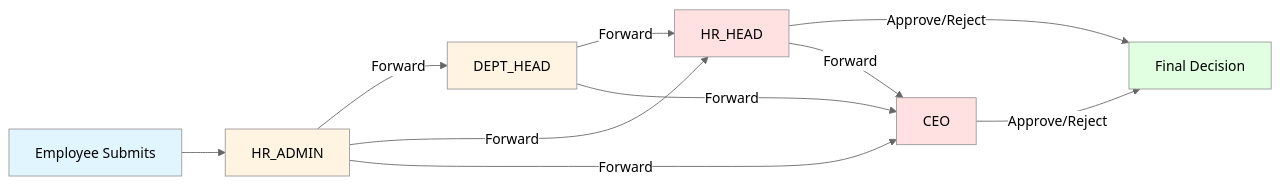
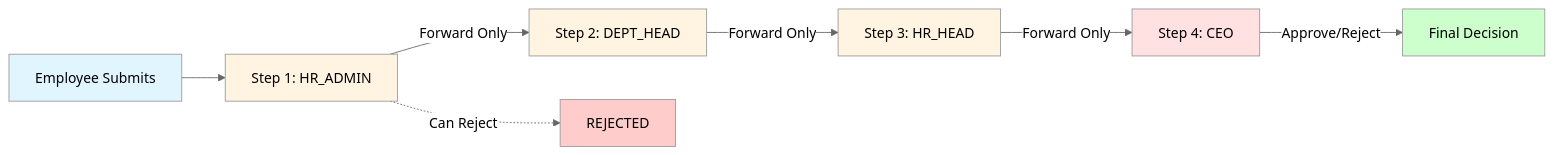
One commit to Abid-5AS/CDBL-LMS changed the third of 15 diagrams in docs/technical-documentation/architecture/Flow-Charts.md. Above: the diagram before and after it, drawn with Mermaid (neutral theme). The commit also changed other lines of this file and 5 other files, not shown here.

````diff
--- a/docs/technical-documentation/architecture/Flow-Charts.md
+++ b/docs/technical-documentation/architecture/Flow-Charts.md
@@ -85,19 +108,18 @@
 ```mermaid
 flowchart LR
-    A[Employee Submits] --> B[HR_ADMIN]
-    B -->|Forward| C[DEPT_HEAD]
-    B -->|Forward| D[HR_HEAD]
-    B -->|Forward| E[CEO]
-    C -->|Forward| D
-    C -->|Forward| E
-    D -->|Approve/Reject| F[Final Decision]
-    D -->|Forward| E
-    E -->|Approve/Reject| F
-    
+    A[Employee Submits] --> B[Step 1: HR_ADMIN]
+    B -->|Forward Only| C[Step 2: DEPT_HEAD]
+    C -->|Forward Only| D[Step 3: HR_HEAD]
+    D -->|Forward Only| E[Step 4: CEO]
+    E -->|Approve/Reject| F[Final Decision]
+
+    B -.->|Can Reject| G[REJECTED]
+
     style A fill:#e1f5ff
     style B fill:#fff4e1
     style C fill:#fff4e1
-    style D fill:#ffe1e1
+    style D fill:#fff4e1
     style E fill:#ffe1e1
-    style F fill:#e1ffe1
+    style F fill:#ccffcc
+    style G fill:#ffcccc
 ```
````
